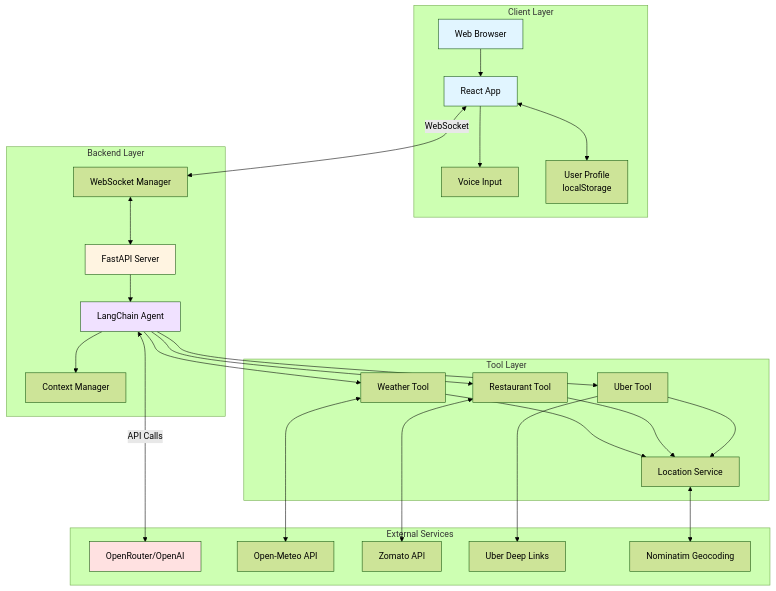
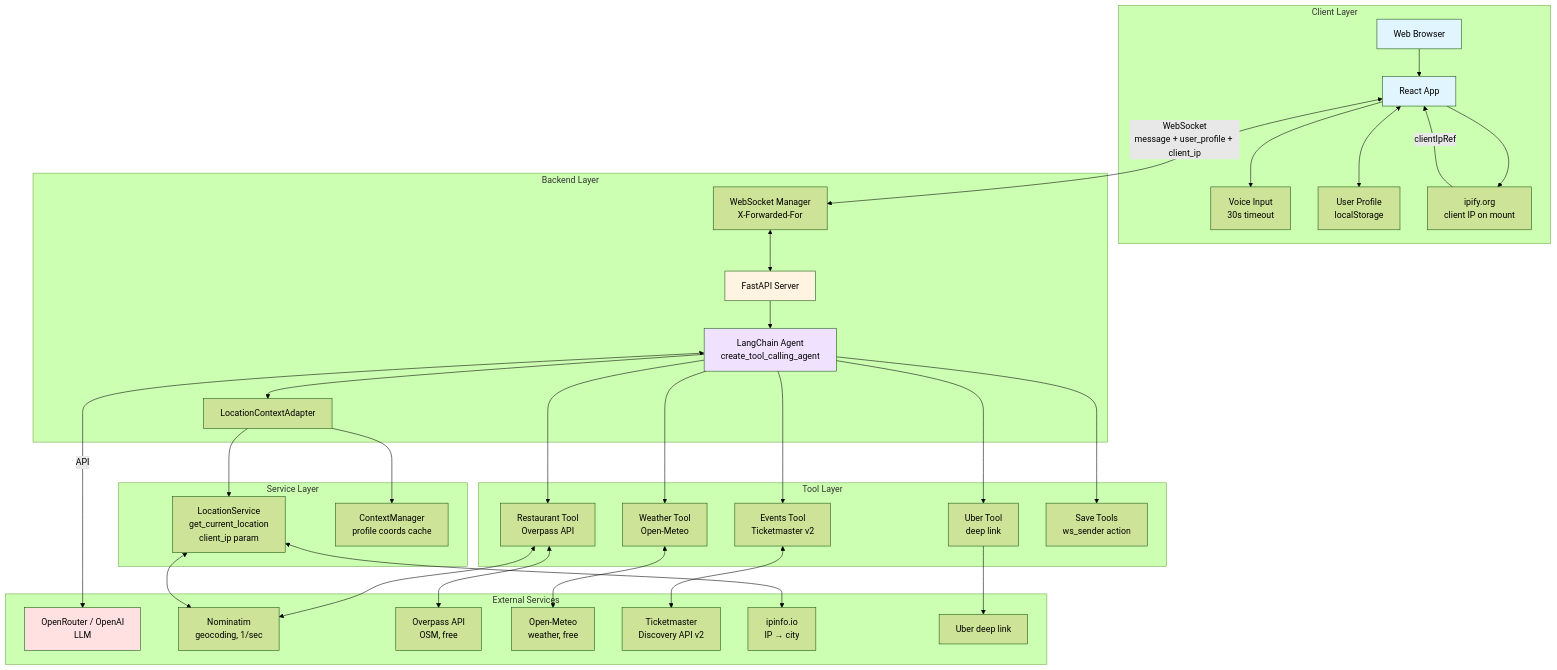
Before and after one commit to saikiranaravala/PersonalizedVoiceLocationAwareAgent: the first of 31 diagrams in docs/DIAGRAMS.md, drawn with Mermaid (forest theme). The commit also changed other lines of this file and 4 other files, not shown here.

````diff
--- a/docs/DIAGRAMS.md
+++ b/docs/DIAGRAMS.md
@@ -22,56 +26,71 @@
 ```mermaid
 graph TB
     subgraph "Client Layer"
         A[Web Browser]
         B[React App]
-        C[Voice Input]
+        C[Voice Input<br/>30s timeout]
         D[User Profile<br/>localStorage]
+        IP[ipify.org<br/>client IP on mount]
     end
-    
+
     subgraph "Backend Layer"
         E[FastAPI Server]
-        F[WebSocket Manager]
-        G[LangChain Agent]
-        H[Context Manager]
+        F[WebSocket Manager<br/>X-Forwarded-For]
+        G[LangChain Agent<br/>create_tool_calling_agent]
+        H[LocationContextAdapter]
     end
-    
+
     subgraph "Tool Layer"
-        I[Weather Tool]
-        J[Restaurant Tool]
-        K[Uber Tool]
-        L[Location Service]
+        I[Weather Tool<br/>Open-Meteo]
+        J[Restaurant Tool<br/>Overpass API]
+        K[Uber Tool<br/>deep link]
+        L[Events Tool<br/>Ticketmaster v2]
+        M[Save Tools<br/>ws_sender action]
     end
-    
+
+    subgraph "Service Layer"
+        N[LocationService<br/>get_current_location<br/>client_ip param]
+        O[ContextManager<br/>profile coords cache]
+    end
+
     subgraph "External Services"
-        M[OpenRouter/OpenAI]
-        N[Open-Meteo API]
-        O[Zomato API]
-        P[Uber Deep Links]
-        Q[Nominatim Geocoding]
+        P[OpenRouter / OpenAI<br/>LLM]
+        Q[Nominatim<br/>geocoding, 1/sec]
+        R[Overpass API<br/>OSM, free]
+        S[Open-Meteo<br/>weather, free]
+        T[Ticketmaster<br/>Discovery API v2]
+        U[ipinfo.io<br/>IP → city]
+        V[Uber deep link]
     end
-    
+
     A --> B
     B --> C
     B <--> D
-    B <-->|WebSocket| F
+    B --> IP
+    IP -->|clientIpRef| B
+    B <-->|WebSocket<br/>message + user_profile + client_ip| F
     F <--> E
     E --> G
     G --> H
+    H --> N
+    H --> O
     G --> I
     G --> J
     G --> K
-    I --> L
-    J --> L
-    K --> L
-    G <-->|API Calls| M
-    I <--> N
-    J <--> O
-    K --> P
-    L <--> Q
-    
+    G --> L
+    G --> M
+    G <-->|API| P
+    I <--> S
+    J <--> R
+    J <--> Q
+    K --> V
+    L <--> T
+    N <--> Q
+    N <--> U
+
     style A fill:#e1f5ff
     style B fill:#e1f5ff
     style E fill:#fff4e1
     style G fill:#f0e1ff
-    style M fill:#ffe1e1
+    style P fill:#ffe1e1
 ```
````
